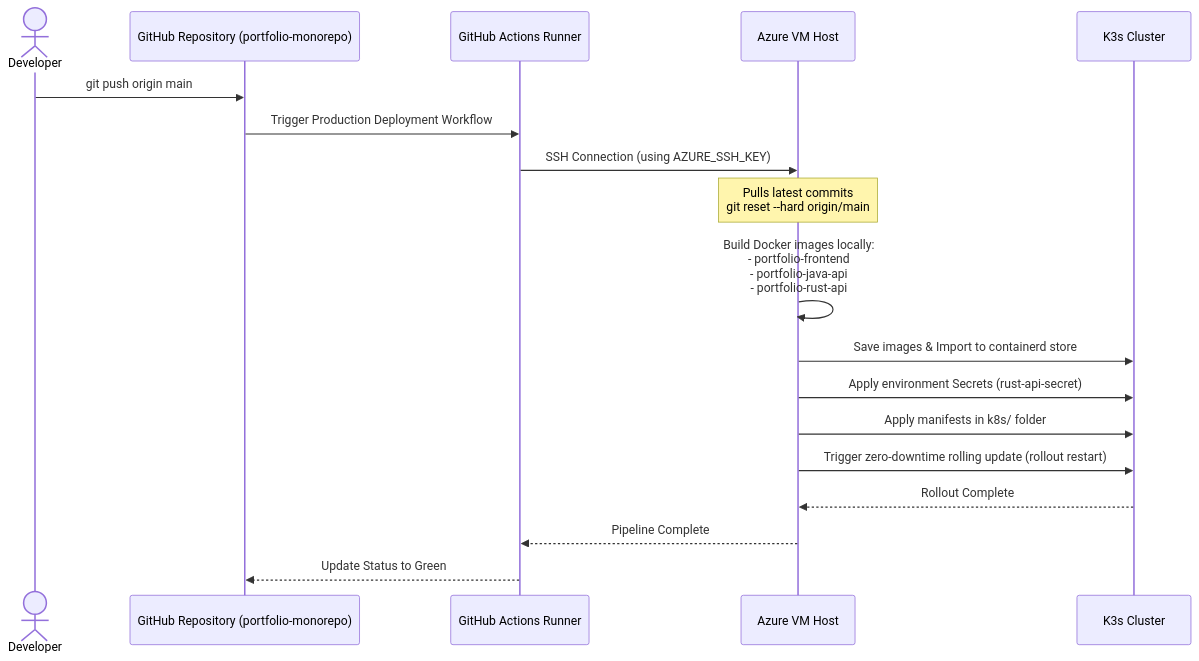
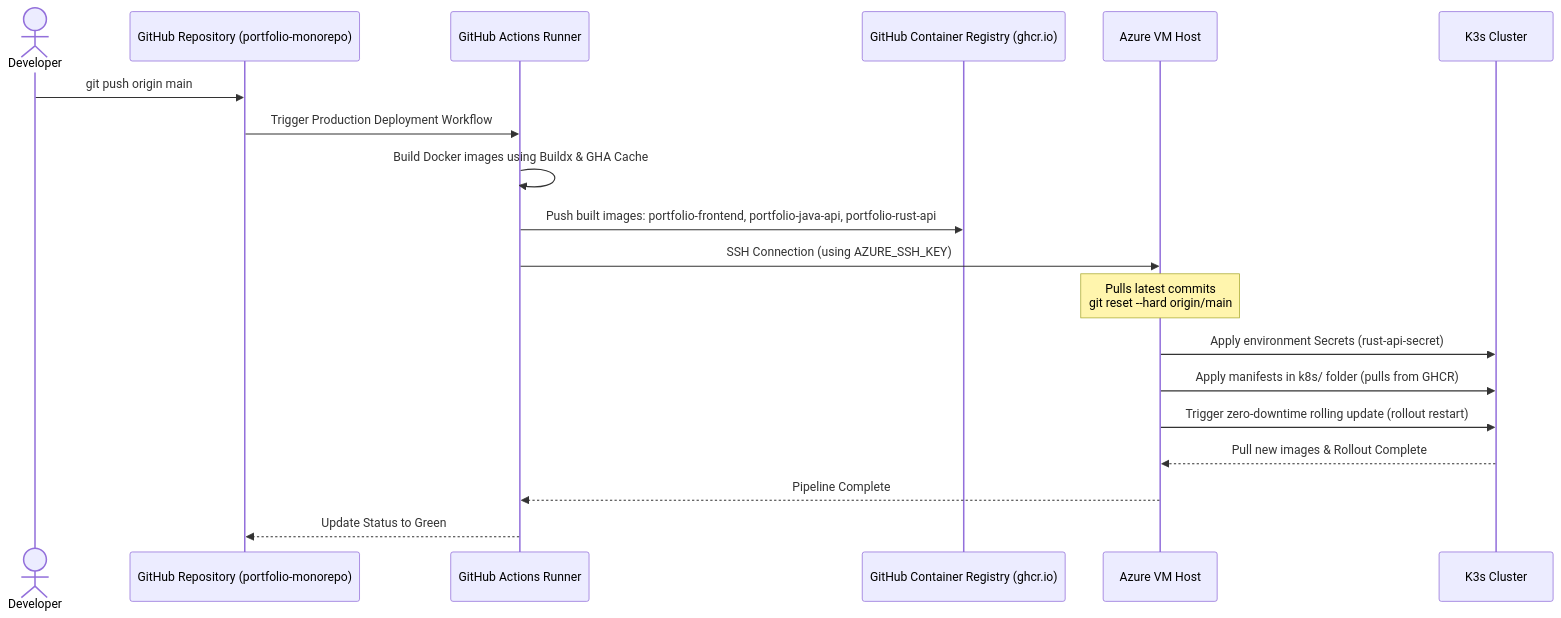
Before and after one commit to mattDev0/portfolio-monorepo: the second of 2 diagrams in README.md, drawn with Mermaid. The commit also changed other lines of this file, not shown here.

Commit message:
docs: update README with new GHCR workflow

````diff
--- a/README.md
+++ b/README.md
@@ -273,21 +273,22 @@
 ```mermaid
 sequenceDiagram
     actor Developer
     participant GitHub as GitHub Repository (portfolio-monorepo)
     participant Runner as GitHub Actions Runner
+    participant GHCR as GitHub Container Registry (ghcr.io)
     participant VM as Azure VM Host
     participant K3s as K3s Cluster
 
     Developer->>GitHub: git push origin main
     GitHub->>Runner: Trigger Production Deployment Workflow
+    Runner->>Runner: Build Docker images using Buildx & GHA Cache
+    Runner->>GHCR: Push built images: portfolio-frontend, portfolio-java-api, portfolio-rust-api
     Runner->>VM: SSH Connection (using AZURE_SSH_KEY)
     Note over VM: Pulls latest commits<br/>git reset --hard origin/main
-    VM->>VM: Build Docker images locally:<br/>- portfolio-frontend<br/>- portfolio-java-api<br/>- portfolio-rust-api
-    VM->>K3s: Save images & Import to containerd store
     VM->>K3s: Apply environment Secrets (rust-api-secret)
-    VM->>K3s: Apply manifests in k8s/ folder
+    VM->>K3s: Apply manifests in k8s/ folder (pulls from GHCR)
     VM->>K3s: Trigger zero-downtime rolling update (rollout restart)
-    K3s-->>VM: Rollout Complete
+    K3s-->>VM: Pull new images & Rollout Complete
     VM-->>Runner: Pipeline Complete
     Runner-->>GitHub: Update Status to Green
 ```
````
